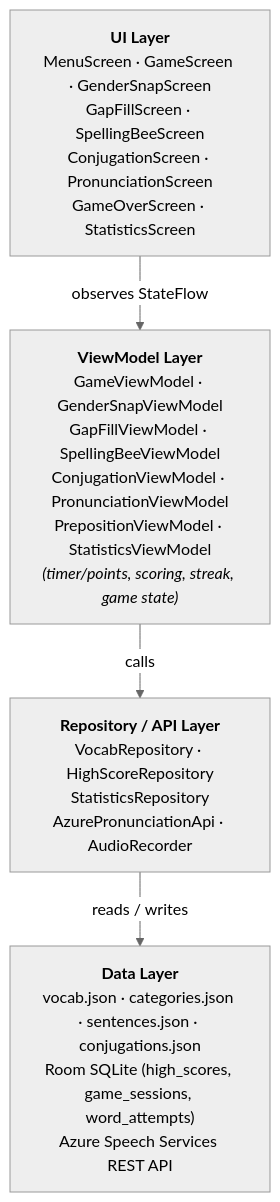
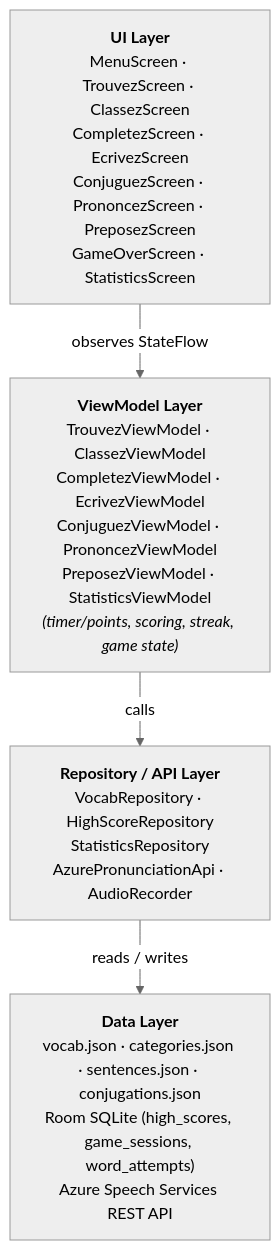
One commit to florianow/hubert changed the diagram in README.md. Above: the diagram before and after it, drawn with Mermaid (neutral theme). The commit also changed other lines of this file, not shown here.

````diff
--- a/README.md
+++ b/README.md
@@ -341,11 +341,11 @@
 ```mermaid
 graph TD
-    UI["<b>UI Layer</b><br/>MenuScreen · GameScreen · GenderSnapScreen<br/>GapFillScreen · SpellingBeeScreen<br/>ConjugationScreen · PronunciationScreen<br/>GameOverScreen · StatisticsScreen"]
-    VM["<b>ViewModel Layer</b><br/>GameViewModel · GenderSnapViewModel<br/>GapFillViewModel · SpellingBeeViewModel<br/>ConjugationViewModel · PronunciationViewModel<br/>PrepositionViewModel · StatisticsViewModel<br/><i>(timer/points, scoring, streak, game state)</i>"]
+    UI["<b>UI Layer</b><br/>MenuScreen · TrouvezScreen · ClassezScreen<br/>CompletezScreen · EcrivezScreen<br/>ConjuguezScreen · PrononcezScreen · PreposezScreen<br/>GameOverScreen · StatisticsScreen"]
+    VM["<b>ViewModel Layer</b><br/>TrouvezViewModel · ClassezViewModel<br/>CompletezViewModel · EcrivezViewModel<br/>ConjuguezViewModel · PrononcezViewModel<br/>PreposezViewModel · StatisticsViewModel<br/><i>(timer/points, scoring, streak, game state)</i>"]
     REPO["<b>Repository / API Layer</b><br/>VocabRepository · HighScoreRepository<br/>StatisticsRepository<br/>AzurePronunciationApi · AudioRecorder"]
     DATA["<b>Data Layer</b><br/>vocab.json · categories.json · sentences.json · conjugations.json<br/>Room SQLite (high_scores, game_sessions, word_attempts)<br/>Azure Speech Services REST API"]
 
     UI -- "observes StateFlow" --> VM
     VM -- "calls" --> REPO
     REPO -- "reads / writes" --> DATA
 ```
````
